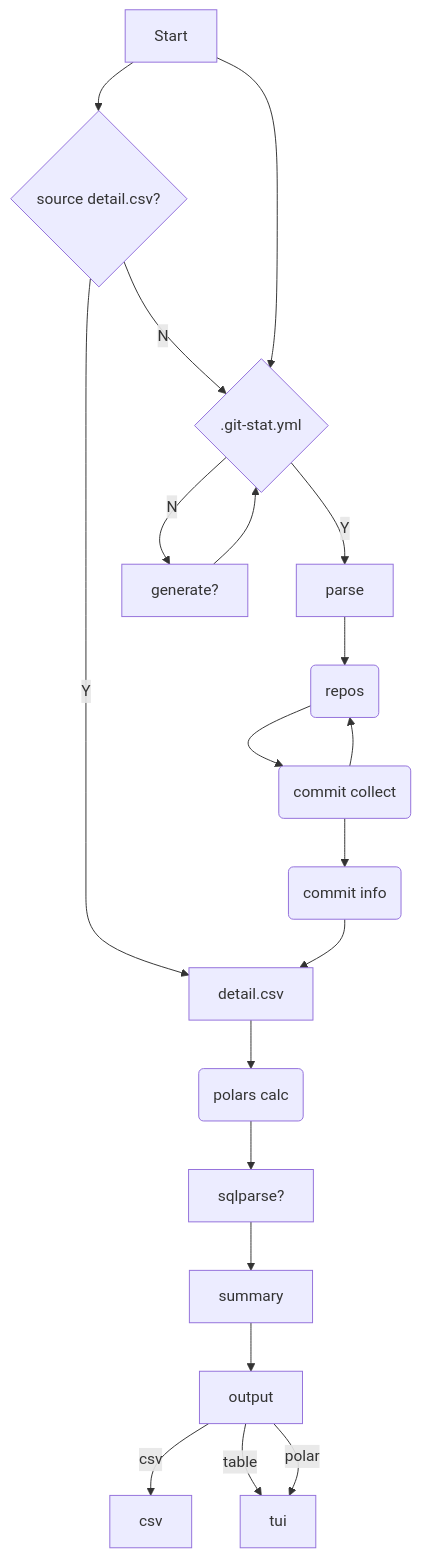
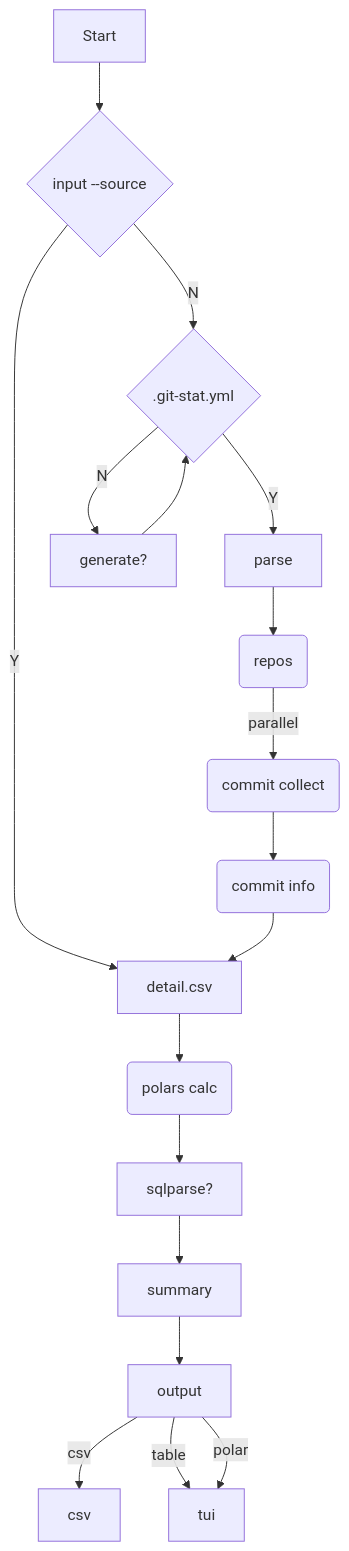
Before and after one commit to 26huitailang/git-stat: the diagram in README.md, drawn with Mermaid. The commit also changed other lines of this file and 3 other files, not shown here.

````diff
--- a/README.md
+++ b/README.md
@@ -11,13 +12,12 @@
 ```mermaid
 flowchart TD
 
-Start --> source{source detail.csv?} --> |Y|detail.csv
-source --> |N|config
-Start --> config{.git-stat.yml}
-config --> |Y|parse --> R1(repos) --> R2(commit collect) --> R1
+Start --> source{input --source} --> |Y|detail.csv
+source --> |N|config{.git-stat.yml}
+config --> |Y|parse --> R1(repos) -->|parallel| R2(commit collect)
 R2 --> commit-list(commit info) --> detail.csv --> polars
 config --> |N|generate? --> config
 polars(polars calc) --> sqlparse? --> summary --> output --> |csv|csv
 output --> |table|tui
 output --> |polar|tui
 ```
````
